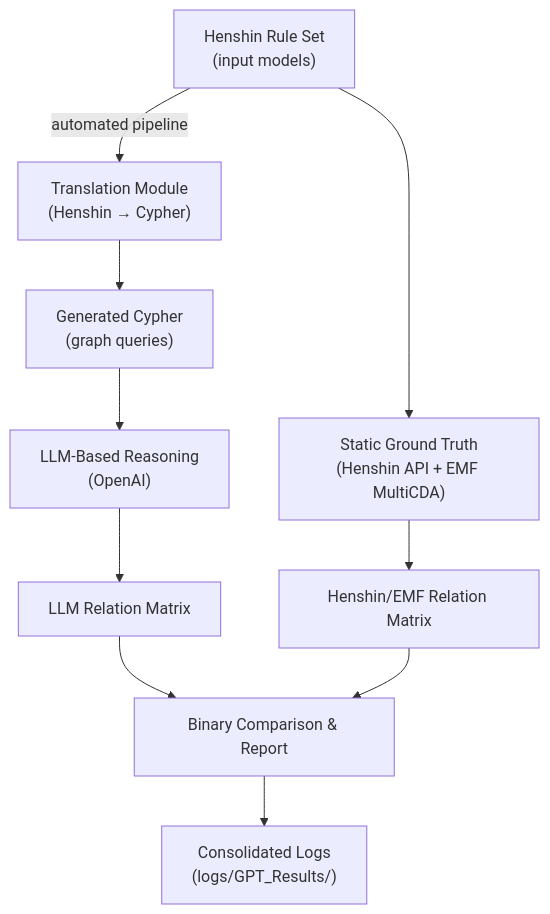
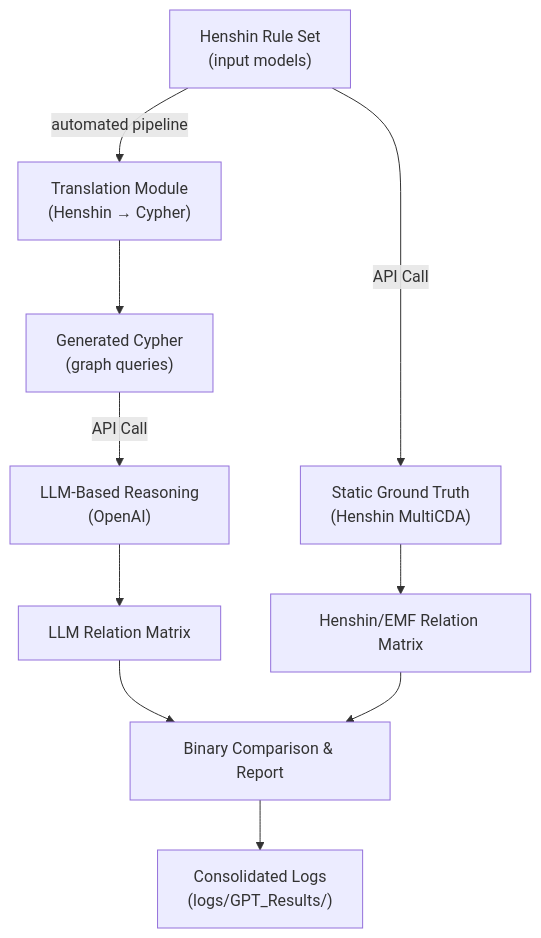
Before and after one commit to Lugji/HenshinApplication: the diagram in README.md, drawn with Mermaid.

````diff
--- a/README.md
+++ b/README.md
@@ -5,25 +5,25 @@
 ```mermaid
 
 %%{init: {'flowchart': {'htmlLabels': true}} }%%
 flowchart TD
   A["Henshin Rule Set<br>(input models)"]
   B["Translation Module<br>(Henshin → Cypher)"]
   C["Generated Cypher<br>(graph queries)"]
   D["LLM-Based Reasoning<br>(OpenAI)"]
-  E["Static Ground Truth<br>(Henshin API + EMF MultiCDA)"]
+  E["Static Ground Truth<br>(Henshin MultiCDA)"]
   F["LLM Relation Matrix"]
   G["Henshin/EMF Relation Matrix"]
   H["Binary Comparison & Report"]
   I["Consolidated Logs<br>(logs/GPT_Results/)"]
 
   A -->|automated pipeline| B
   B --> C
-  C --> D
-  A --> E
+  C -->|API Call| D
+  A -->|API Call| E
   D --> F
   E --> G
   F --> H
   G --> H
   H --> I
 
 ```
````
